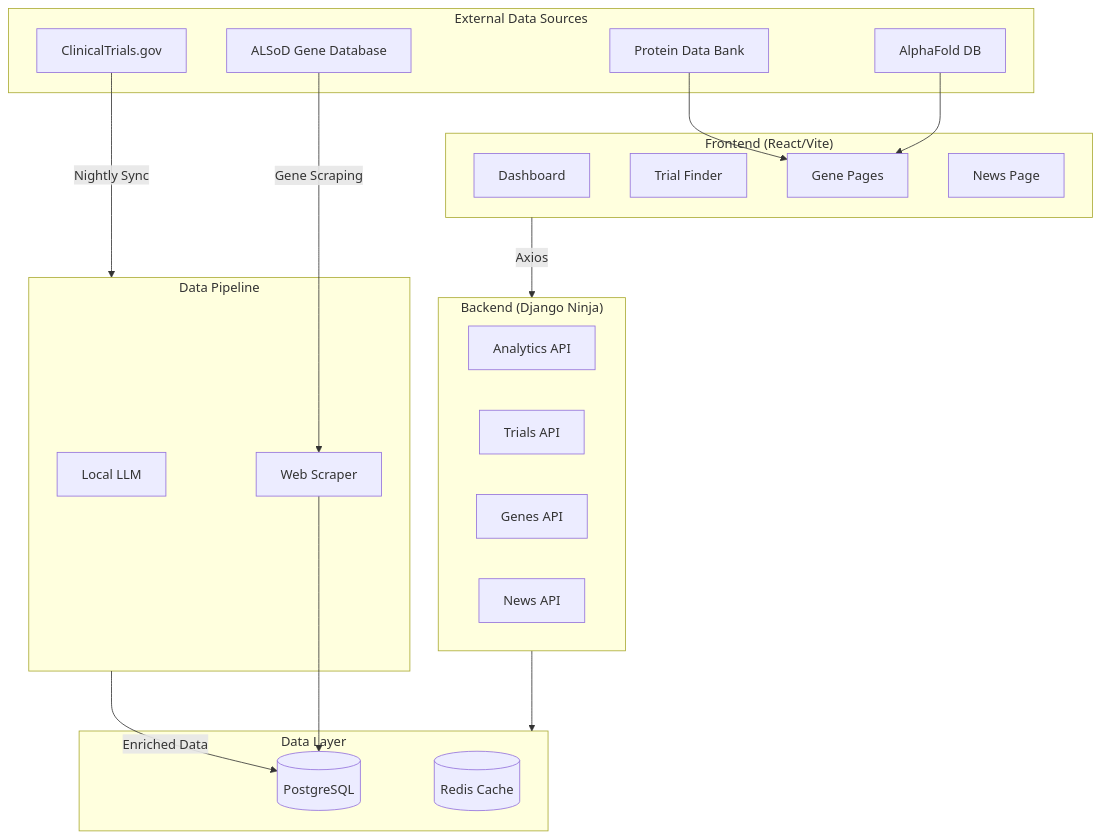
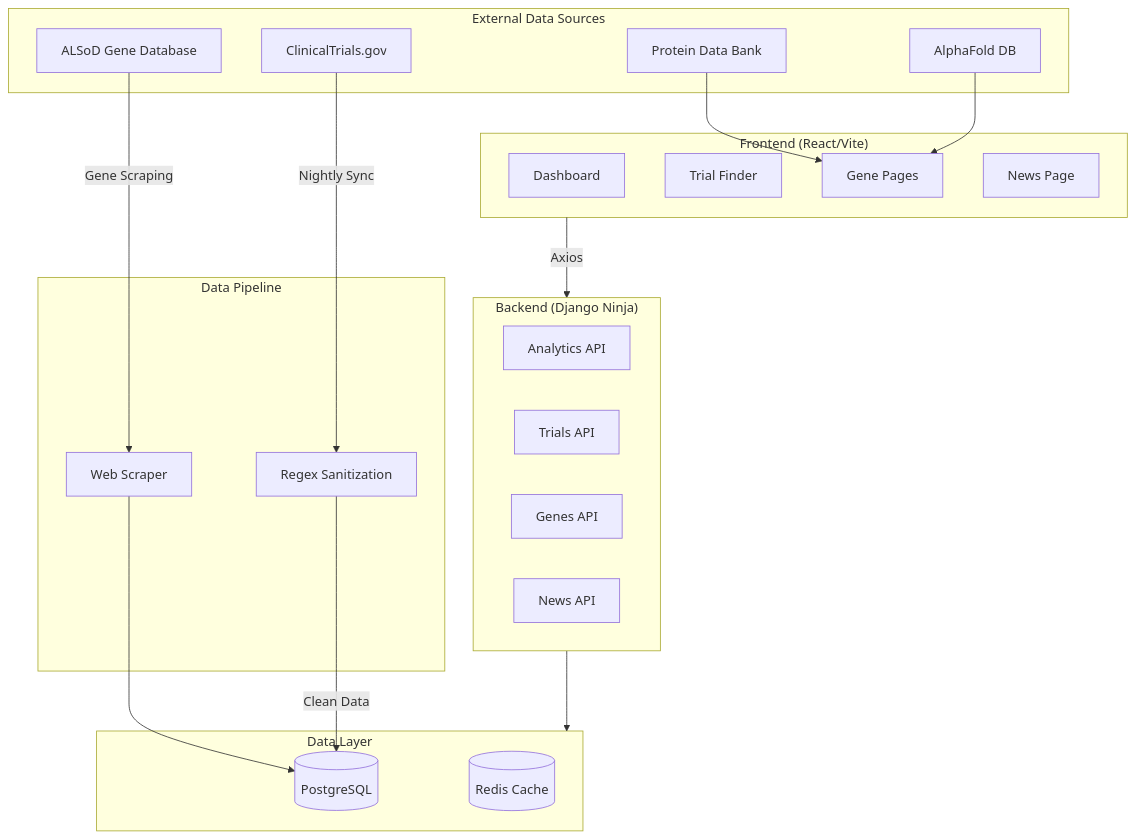
One commit to tuckthomas/ALS-FTD-Dashboard changed the diagram in README.md. Above: the diagram before and after it, drawn with Mermaid. The commit also changed other lines of this file, not shown here.

Commit message:
Update README: Replace LLM with regex-based data sanitization
- Architecture diagram now shows Regex Sanitization instead of Local LLM
- Updated tech stack to reflect actual data processing approach
- Added BeautifulSoup for web scraping documentation

````diff
--- a/README.md
+++ b/README.md
@@ -26,42 +26,42 @@
 ```mermaid
 flowchart TB
     subgraph Frontend["Frontend (React/Vite)"]
         Dashboard[Dashboard]
         TrialFinder[Trial Finder]
         GenePages[Gene Pages]
         NewsPage[News Page]
     end
 
     subgraph Backend["Backend (Django Ninja)"]
         AnalyticsAPI[Analytics API]
         TrialsAPI[Trials API]
         GenesAPI[Genes API]
         NewsAPI[News API]
     end
 
     subgraph DataLayer["Data Layer"]
         PostgreSQL[(PostgreSQL)]
         Redis[(Redis Cache)]
     end
 
     subgraph External["External Data Sources"]
         ClinicalTrials[ClinicalTrials.gov]
         ALSoD[ALSoD Gene Database]
         PDB[Protein Data Bank]
         AlphaFold[AlphaFold DB]
     end
 
     subgraph Pipeline["Data Pipeline"]
-        LLM[Local LLM]
+        Sanitizer[Regex Sanitization]
         Scraper[Web Scraper]
     end
 
     Frontend -->|Axios| Backend
     Backend --> DataLayer
-    ClinicalTrials -->|Nightly Sync| Pipeline
+    ClinicalTrials -->|Nightly Sync| Sanitizer
     ALSoD -->|Gene Scraping| Scraper
     Scraper --> PostgreSQL
-    Pipeline -->|Enriched Data| PostgreSQL
+    Sanitizer -->|Clean Data| PostgreSQL
     PDB --> GenePages
     AlphaFold --> GenePages
 ```
````
